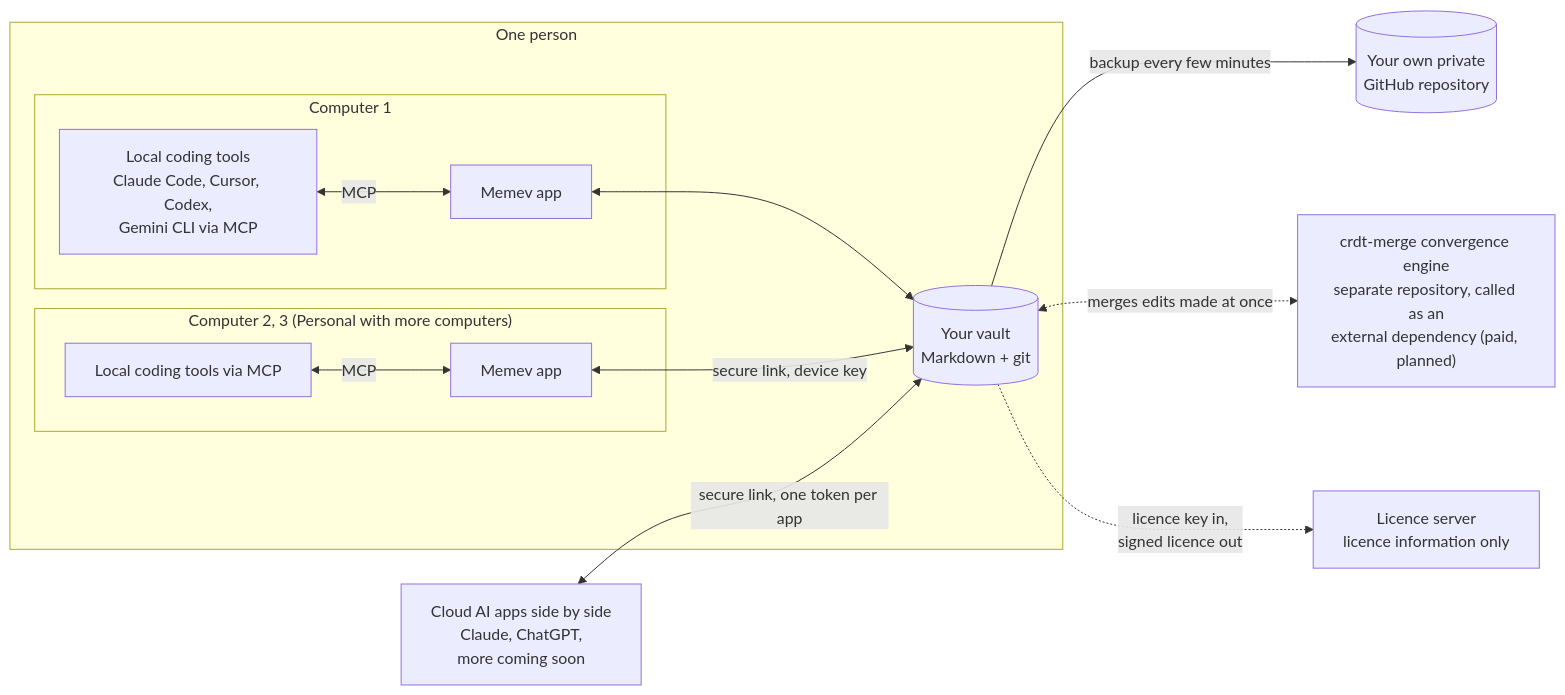
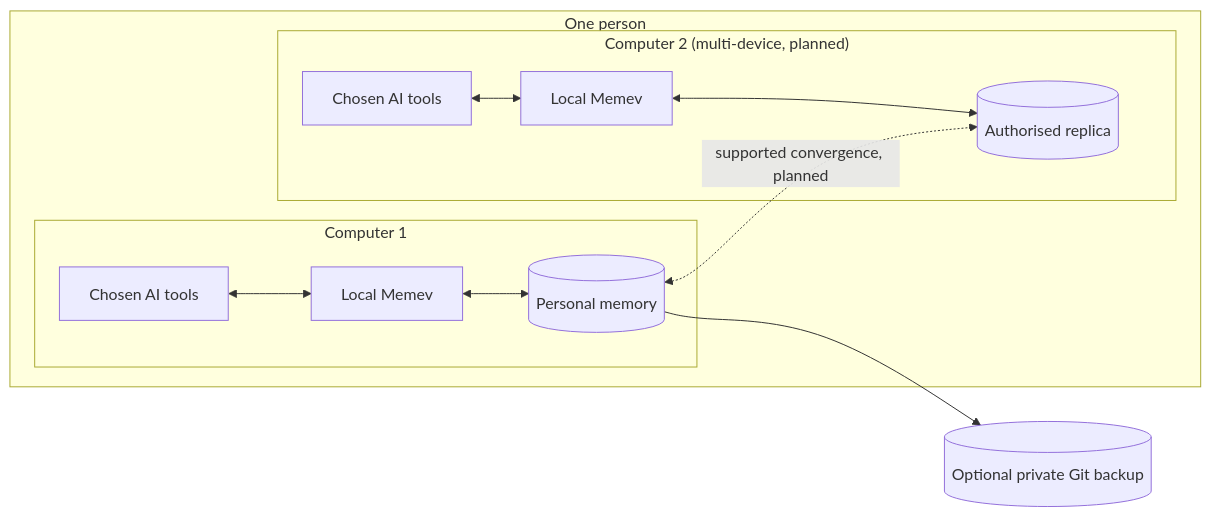
One commit to mgillr/memev changed the third of 7 diagrams in docs/ARCHITECTURE.md. Above: the diagram before and after it, drawn with Mermaid. The commit also changed other lines of this file, not shown here.

Commit message:
docs: extend architecture diagrams for federation and computation (mgillr)

````diff
--- a/docs/ARCHITECTURE.md
+++ b/docs/ARCHITECTURE.md
@@ -98,26 +110,22 @@
 ```mermaid
 flowchart LR
     subgraph person["One person"]
         subgraph pc1["Computer 1"]
-            m1["Memev app"]
-            t1["Local coding tools<br/>Claude Code, Cursor, Codex,<br/>Gemini CLI via MCP"]
-            t1 <-->|MCP| m1
+            a1["Chosen AI tools"]
+            m1["Local Memev"]
+            v1[("Personal memory")]
+            a1 <--> m1
+            m1 <--> v1
         end
-        subgraph pc2["Computer 2, 3 (Personal with more computers)"]
-            m2["Memev app"]
-            t2["Local coding tools via MCP"]
-            t2 <-->|MCP| m2
+        subgraph pc2["Computer 2 (multi-device, planned)"]
+            a2["Chosen AI tools"]
+            m2["Local Memev"]
+            v2[("Authorised replica")]
+            a2 <--> m2
+            m2 <--> v2
         end
-        vault[("Your vault<br/>Markdown + git")]
-        m1 <--> vault
-        m2 <-->|"secure link, device key"| vault
     end
-    cloud["Cloud AI apps side by side<br/>Claude, ChatGPT,<br/>more coming soon"]
-    gh[("Your own private<br/>GitHub repository")]
-    engine["crdt-merge convergence engine<br/>separate repository, called as an<br/>external dependency (paid, planned)"]
-    lic["Licence server<br/>licence information only"]
-    cloud <-->|"secure link, one token per app"| vault
-    vault -->|"backup every few minutes"| gh
-    vault <-.->|"merges edits made at once"| engine
-    vault -.->|"licence key in,<br/>signed licence out"| lic
+    v1 <-.->|"supported convergence, planned"| v2
+    gh[("Optional private Git backup")]
+    v1 --> gh
 ```
````
